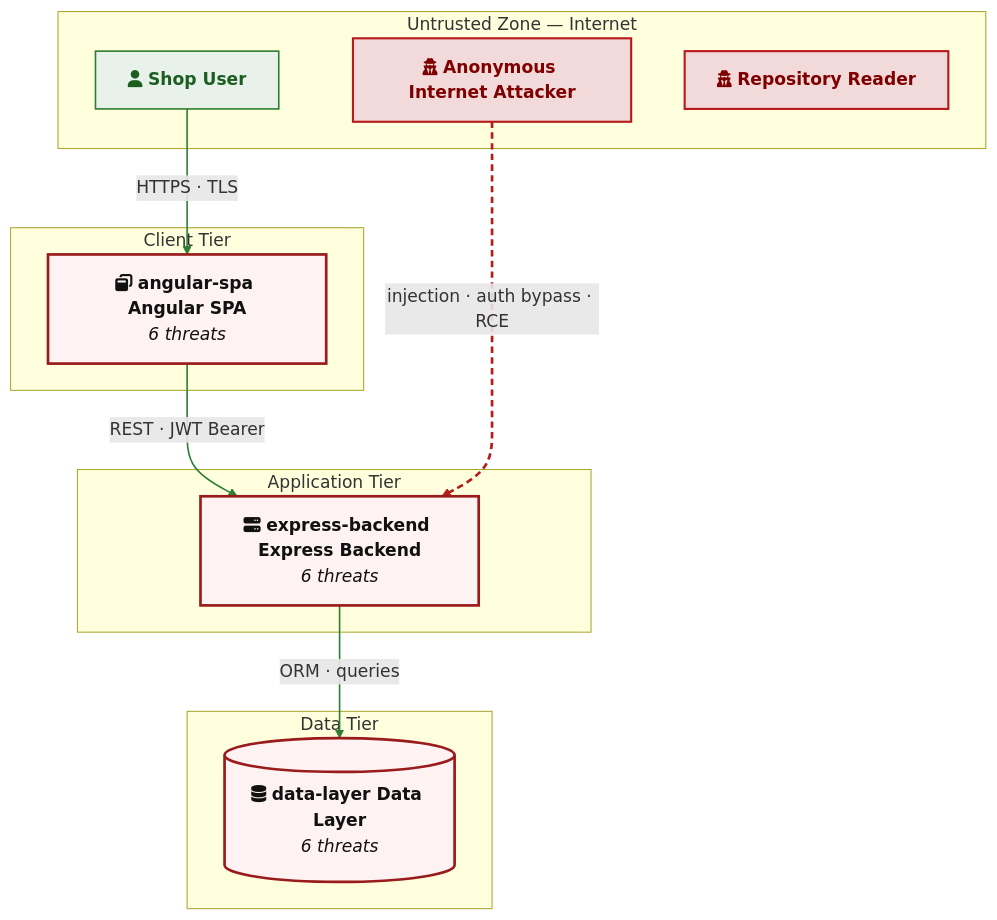
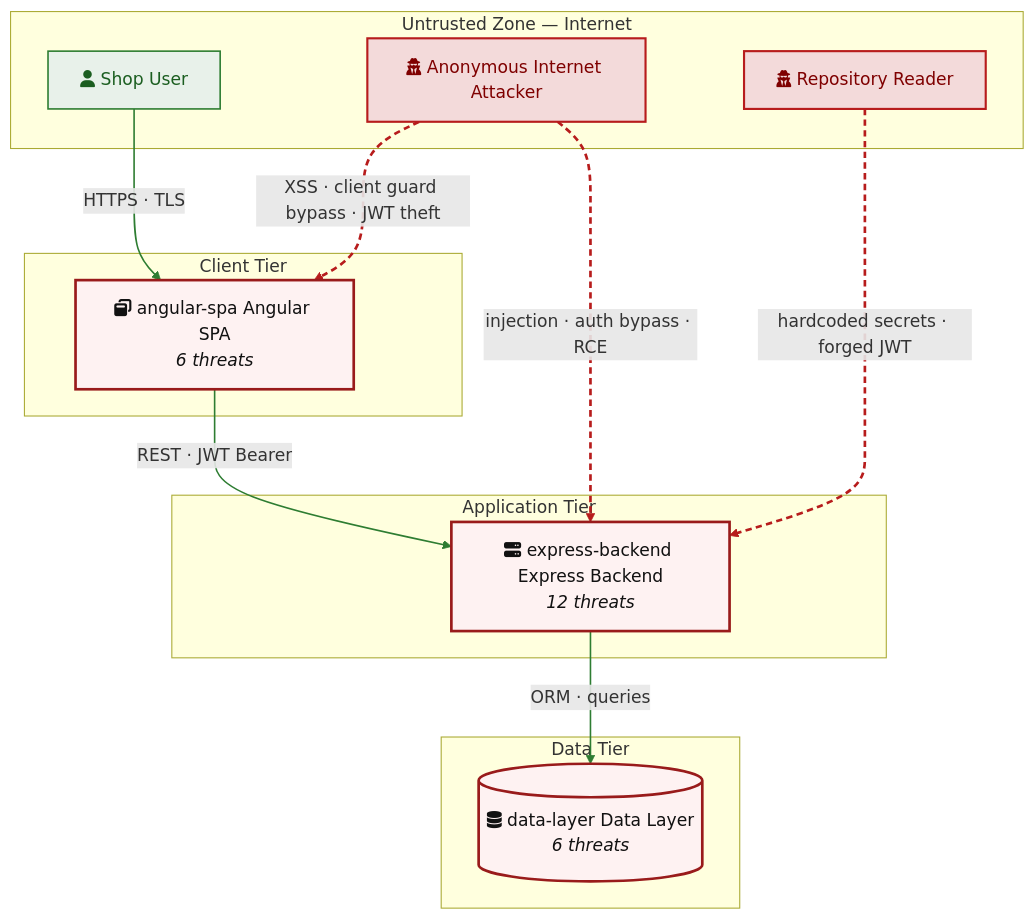
The diagram in README.md (appsec-foundry/appsec-analyzer), drawn with Mermaid before and after one commit. The commit also changed other lines of this file and 32 other files, not shown here.

````diff
--- a/README.md
+++ b/README.md
@@ -124,28 +124,30 @@
 ```mermaid
 flowchart TD
     subgraph EXT["Untrusted Zone — Internet"]
-        INTERNET_ANON["fa:fa-user-secret <b>Anonymous Internet Attacker</b>"]:::threat
-        VICTIM_REQUIRED["fa:fa-user <b>Shop User</b>"]:::legit
-        REPO_READ["fa:fa-user-secret <b>Repository Reader</b>"]:::threat
+        INTERNET_ANON["fa:fa-user-secret Anonymous Internet Attacker"]:::threat
+        VICTIM_REQUIRED["fa:fa-user Shop User"]:::legit
+        REPO_READ["fa:fa-user-secret Repository Reader"]:::threat
     end
     subgraph CLIENT["Client Tier"]
-        angular_spa["fa:fa-window-restore <b>angular-spa Angular SPA</b><br/><i>6 threats</i>"]:::risk
+        angular_spa["fa:fa-window-restore angular-spa Angular SPA<br/><i>6 threats</i>"]:::risk
     end
     subgraph APP["Application Tier"]
-        express_backend["fa:fa-server <b>express-backend Express Backend</b><br/><i>6 threats</i>"]:::risk
+        express_backend["fa:fa-server express-backend Express Backend<br/><i>12 threats</i>"]:::risk
     end
     subgraph DATA["Data Tier"]
-        data_layer[("fa:fa-database <b>data-layer Data Layer</b><br/><i>6 threats</i>")]:::risk
+        data_layer[("fa:fa-database data-layer Data Layer<br/><i>6 threats</i>")]:::risk
     end
     VICTIM_REQUIRED -->|"HTTPS · TLS"| angular_spa
     angular_spa -->|"REST · JWT Bearer"| express_backend
     express_backend -->|"ORM · queries"| data_layer
     INTERNET_ANON -.->|"injection · auth bypass · RCE"| express_backend
+    INTERNET_ANON -.->|"XSS · client guard bypass · JWT theft"| angular_spa
+    REPO_READ -.->|"hardcoded secrets · forged JWT"| express_backend
 
     classDef legit fill:#e8f1ea,stroke:#2e7d32,color:#1b5e20,stroke-width:1.5px
     classDef threat fill:#f3dada,stroke:#b71c1c,color:#7f0000,stroke-width:2px
     classDef external fill:#f2f2f2,stroke:#424242,color:#212121,stroke-width:1.5px
     classDef risk fill:#fef2f2,stroke:#991b1b,color:#111,stroke-width:2.5px
     linkStyle 0,1,2 stroke:#2e7d32,stroke-width:1.5px
-    linkStyle 3 stroke:#b71c1c,stroke-width:2.5px,stroke-dasharray:6 4
+    linkStyle 3,4,5 stroke:#b71c1c,stroke-width:2.5px,stroke-dasharray:6 4
 ```
````
